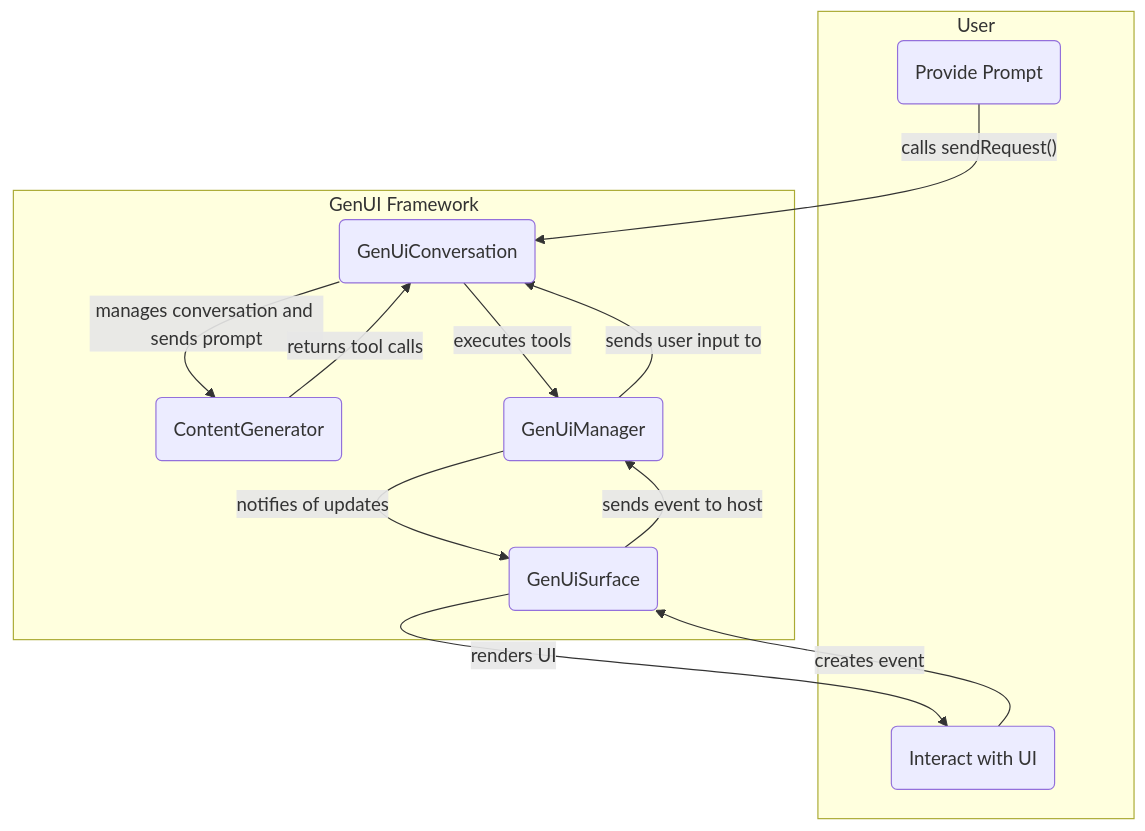
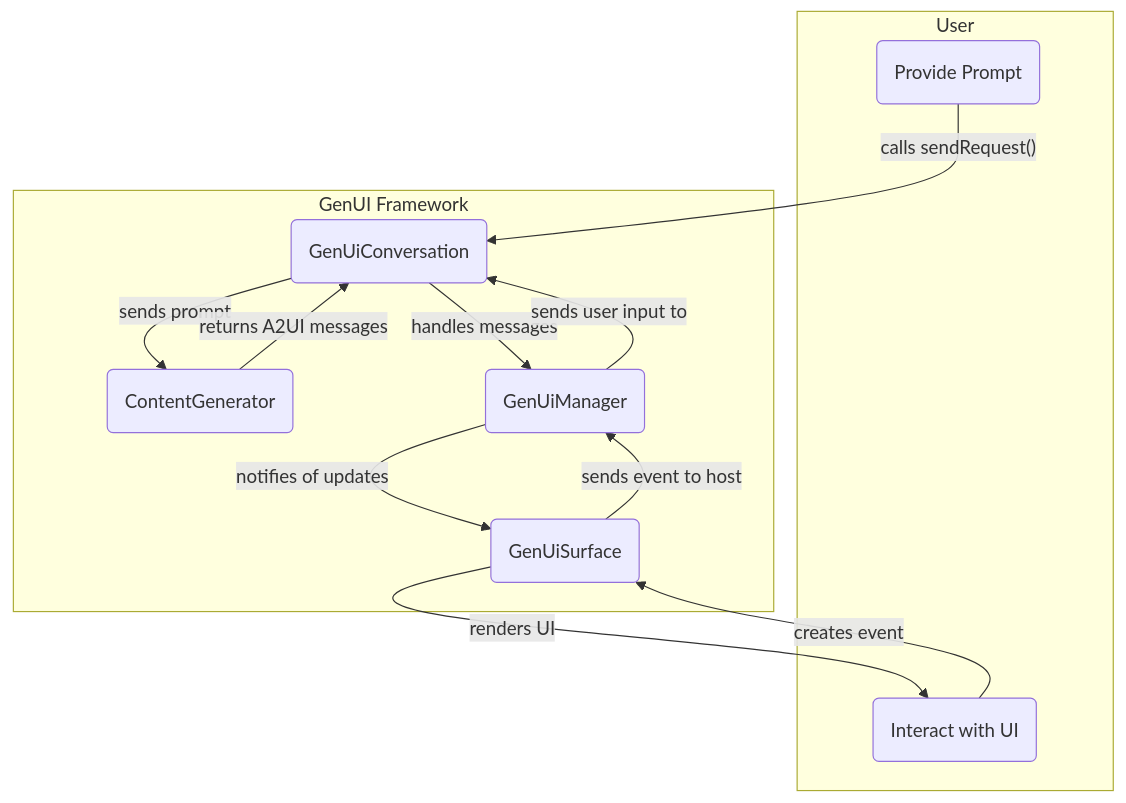
Before and after one commit to sethladd/genui: the diagram in packages/flutter_genui/README.md, drawn with Mermaid. The commit also changed other lines of this file and 14 other files, not shown here.

````diff
--- a/packages/flutter_genui/README.md
+++ b/packages/flutter_genui/README.md
@@ -147,24 +147,24 @@
 ```mermaid
 graph TD
     subgraph "User"
         UserInput("Provide Prompt")
         UserInteraction("Interact with UI")
     end
 
     subgraph "GenUI Framework"
         GenUiConversation("GenUiConversation")
         ContentGenerator("ContentGenerator")
         GenUiManager("GenUiManager")
         GenUiSurface("GenUiSurface")
     end
 
     UserInput -- "calls sendRequest()" --> GenUiConversation;
-    GenUiConversation -- "manages conversation and sends prompt" --> ContentGenerator;
-    ContentGenerator -- "returns tool calls" --> GenUiConversation;
-    GenUiConversation -- "executes tools" --> GenUiManager;
+    GenUiConversation -- "sends prompt" --> ContentGenerator;
+    ContentGenerator -- "returns A2UI messages" --> GenUiConversation;
+    GenUiConversation -- "handles messages" --> GenUiManager;
     GenUiManager -- "notifies of updates" --> GenUiSurface;
     GenUiSurface -- "renders UI" --> UserInteraction;
     UserInteraction -- "creates event" --> GenUiSurface;
     GenUiSurface -- "sends event to host" --> GenUiManager;
     GenUiManager -- "sends user input to" --> GenUiConversation;
 ```
````
